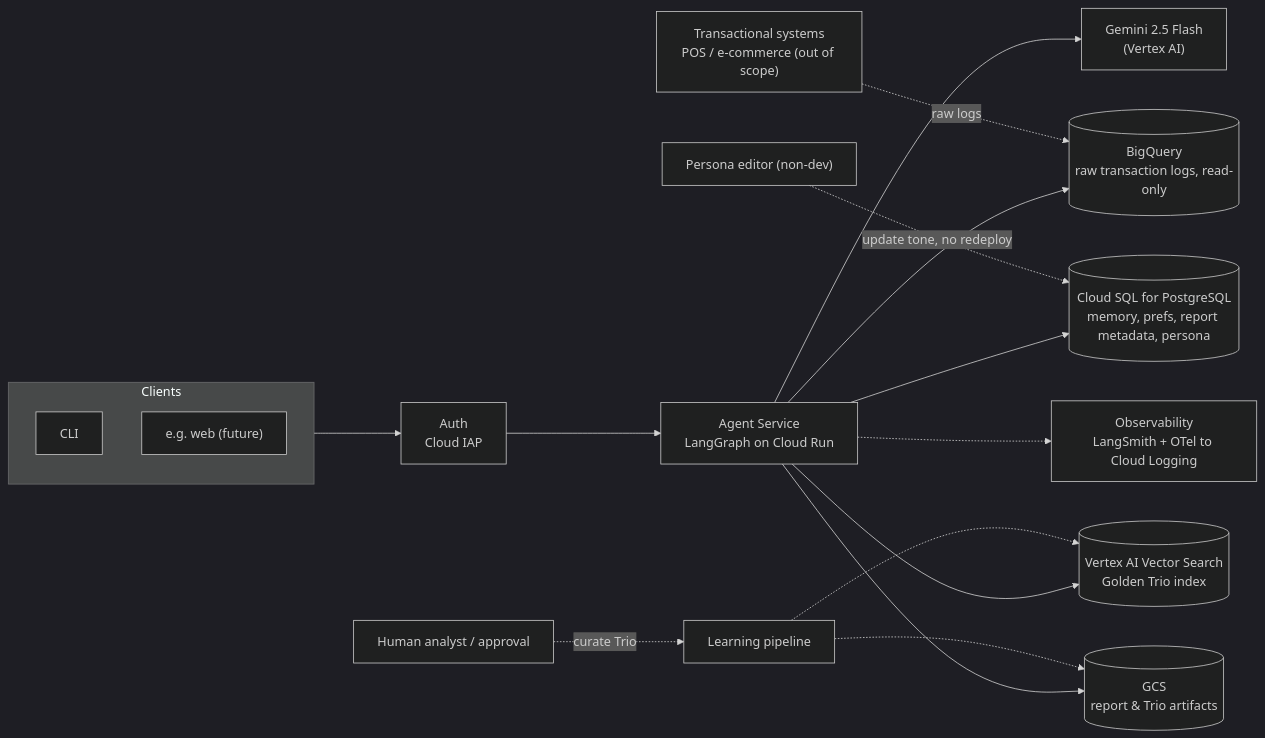
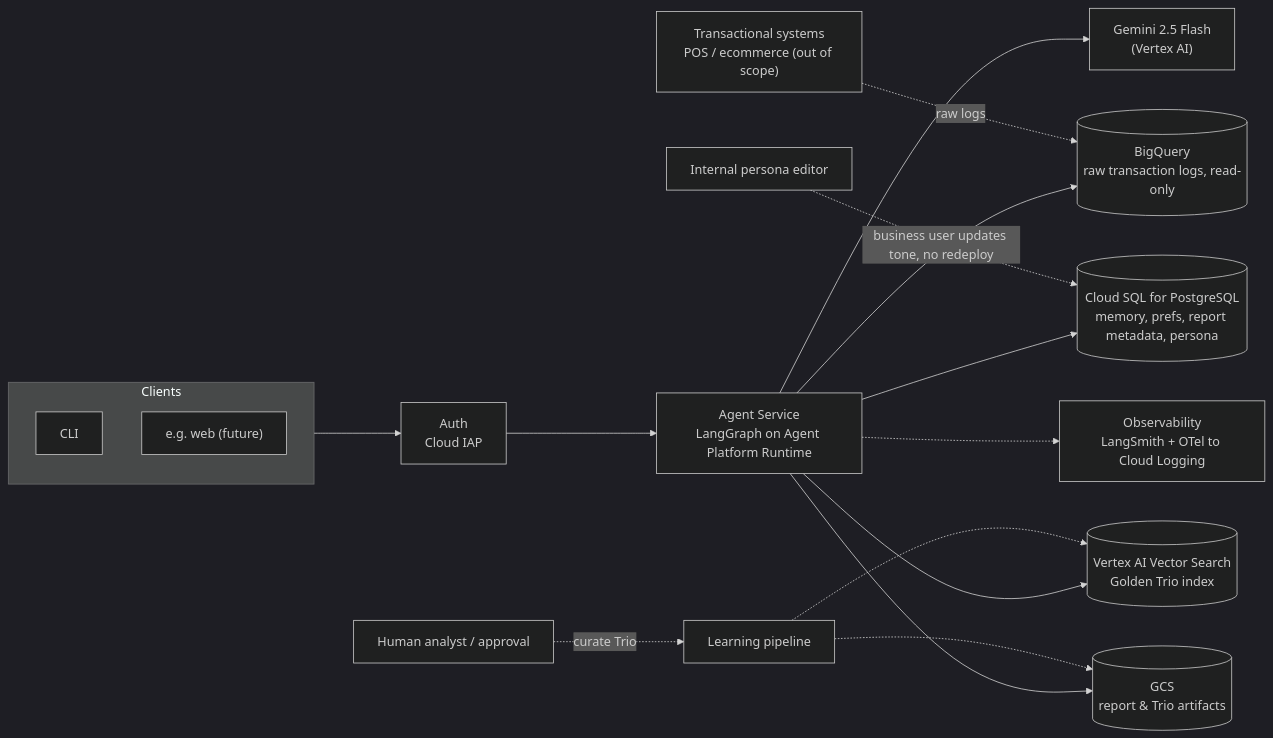
Before and after one commit to Fieldmatic/Retail-agent: the third of 3 diagrams in docs/ARCHITECTURE.md, drawn with Mermaid (dark theme). The commit also changed other lines of this file and 2 other files, not shown here.

````diff
--- a/docs/ARCHITECTURE.md
+++ b/docs/ARCHITECTURE.md
@@ -88,23 +88,23 @@
 ```mermaid
 flowchart LR
     subgraph CLIENTS["Clients"]
         CLI["CLI"]
         MORE["e.g. web (future)"]
     end
 
     CLIENTS --> AUTH["Auth<br/>Cloud IAP"]
-    AUTH --> SVC["Agent Service<br/>LangGraph on Cloud Run"]
+    AUTH --> SVC["Agent Service<br/>LangGraph on Agent Platform Runtime"]
 
     SVC --> LLM["Gemini 2.5 Flash<br/>(Vertex AI)"]
     SVC --> BQ[("BigQuery<br/>raw transaction logs, read-only")]
     SVC --> PG[("Cloud SQL for PostgreSQL<br/>memory, prefs, report metadata, persona")]
     SVC --> VEC[("Vertex AI Vector Search<br/>Golden Trio index")]
     SVC --> GCS[("GCS<br/>report &amp; Trio artifacts")]
     SVC -.-> OBS["Observability<br/>LangSmith + OTel to Cloud Logging"]
 
-    SRC["Transactional systems<br/>POS / e-commerce (out of scope)"] -. "raw logs" .-> BQ
-    PERSONA["Persona editor (non-dev)"] -. "update tone, no redeploy" .-> PG
+    SRC["Transactional systems<br/>POS / ecommerce (out of scope)"] -. "raw logs" .-> BQ
+    PERSONA["Internal persona editor"] -. "business user updates tone, no redeploy" .-> PG
     HUMAN2["Human analyst / approval"] -. "curate Trio" .-> LEARN["Learning pipeline"]
     LEARN -.-> VEC
     LEARN -.-> GCS
 ```
````
